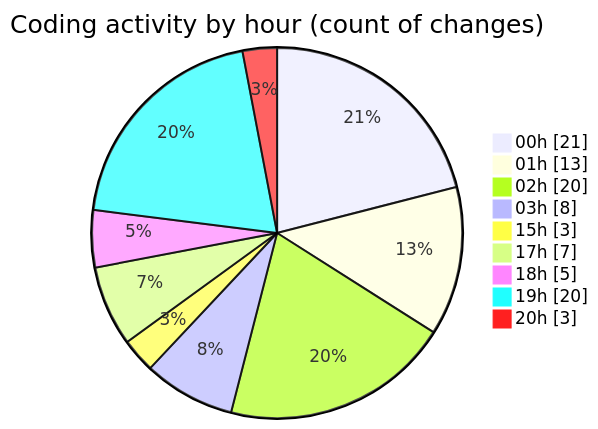
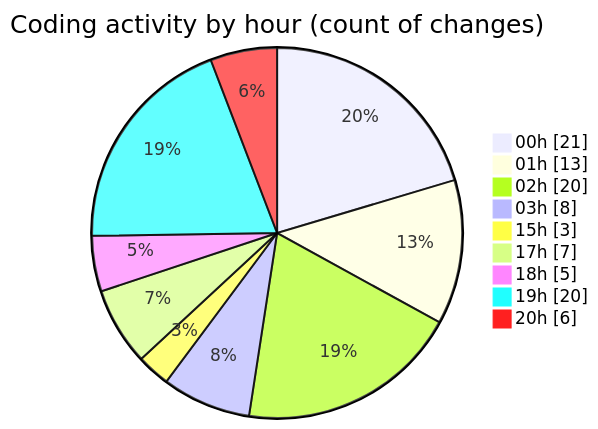
The second of 2 diagrams in 2025-06-22/___base/README.md (Ritupan-Deka/code-tracking), drawn with Mermaid before and after one commit. The commit also changed other lines of this file and 1 other file, not shown here.

````diff
--- a/2025-06-22/___base/README.md
+++ b/2025-06-22/___base/README.md
@@ -36,13 +36,13 @@
 ```mermaid
 pie showData
 title Coding activity by hour (count of changes)
 "00h" : 21
 "01h" : 13
 "02h" : 20
 "03h" : 8
 "15h" : 3
 "17h" : 7
 "18h" : 5
 "19h" : 20
-"20h" : 3
+"20h" : 6
 ```
````
